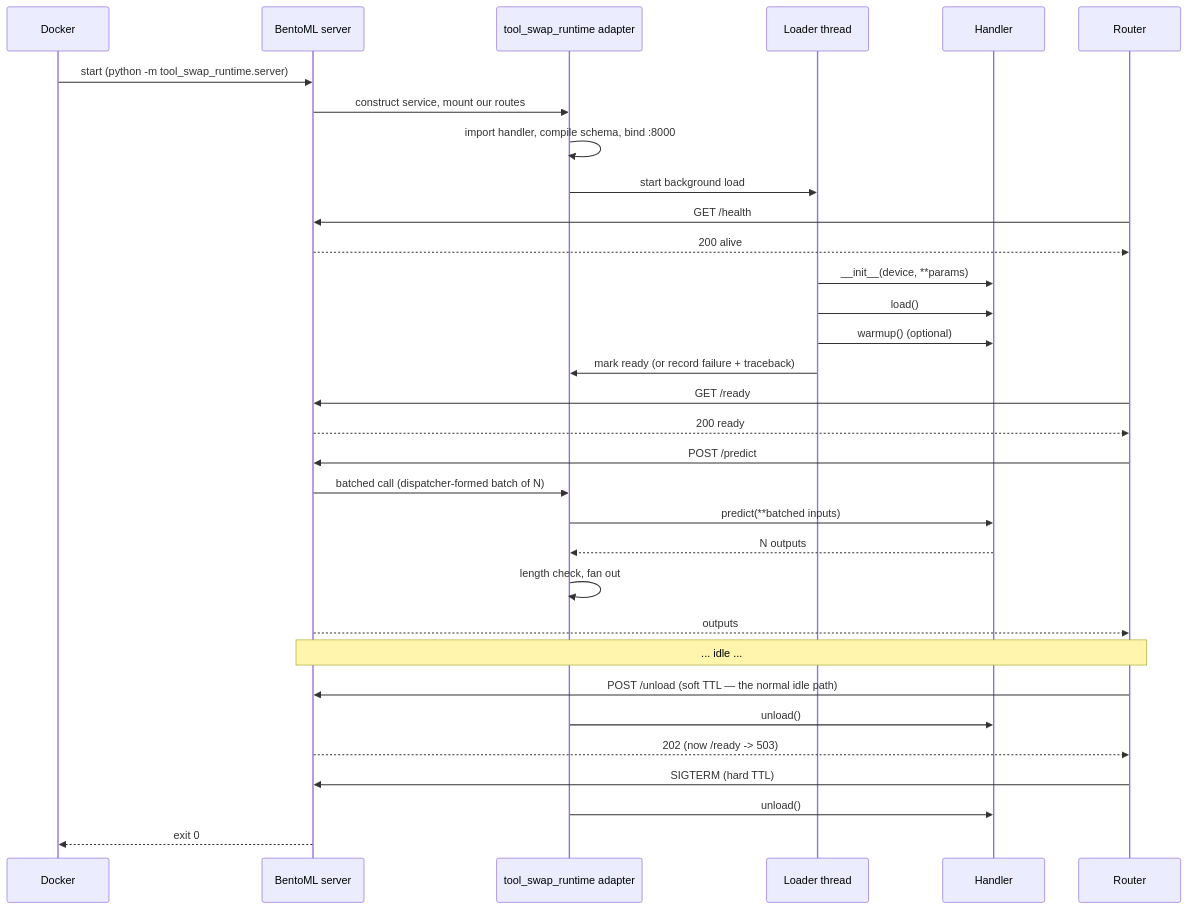
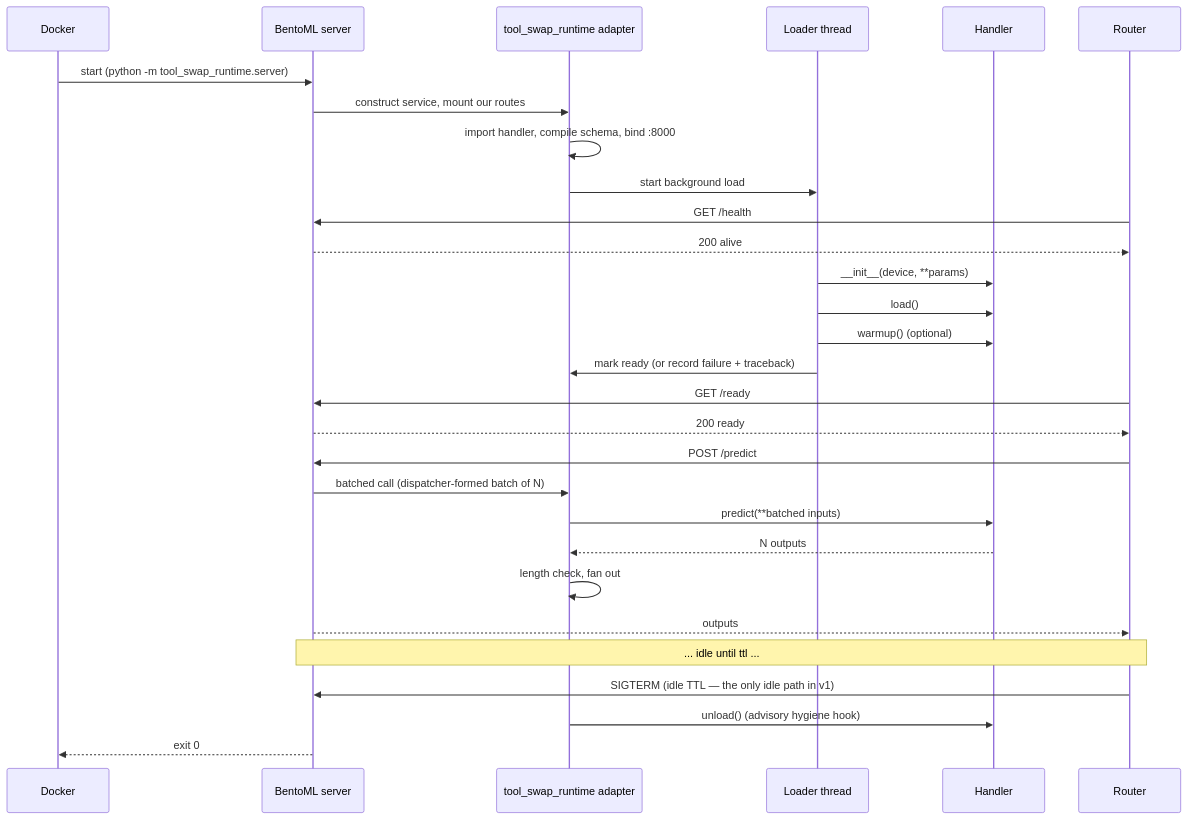
The second of 2 diagrams in plan/05_RUNTIME_AND_BATCHING.md (iar3-r8/tool-swap), drawn with Mermaid before and after one commit. The commit also changed other lines of this file and 23 other files, not shown here.

Commit message:
simplify the architecture and remove some constrains

````diff
--- a/plan/05_RUNTIME_AND_BATCHING.md
+++ b/plan/05_RUNTIME_AND_BATCHING.md
@@ -263,35 +320,32 @@
 ```mermaid
 sequenceDiagram
     participant D as Docker
     participant S as BentoML server
     participant A as tool_swap_runtime adapter
     participant T as Loader thread
     participant H as Handler
     participant R as Router
 
     D->>S: start (python -m tool_swap_runtime.server)
     S->>A: construct service, mount our routes
     A->>A: import handler, compile schema, bind :8000
     A->>T: start background load
     R->>S: GET /health
     S-->>R: 200 alive
     T->>H: __init__(device, **params)
     T->>H: load()
     T->>H: warmup() (optional)
     T->>A: mark ready (or record failure + traceback)
     R->>S: GET /ready
     S-->>R: 200 ready
     R->>S: POST /predict
     S->>A: batched call (dispatcher-formed batch of N)
     A->>H: predict(**batched inputs)
     H-->>A: N outputs
     A->>A: length check, fan out
     S-->>R: outputs
-    Note over R,S: ... idle ...
-    R->>S: POST /unload (soft TTL — the normal idle path)
-    A->>H: unload()
-    S-->>R: 202 (now /ready -> 503)
-    R->>S: SIGTERM (hard TTL)
-    A->>H: unload()
+    Note over R,S: ... idle until ttl ...
+    R->>S: SIGTERM (idle TTL — the only idle path in v1)
+    A->>H: unload() (advisory hygiene hook)
     S-->>D: exit 0
 ```
````
